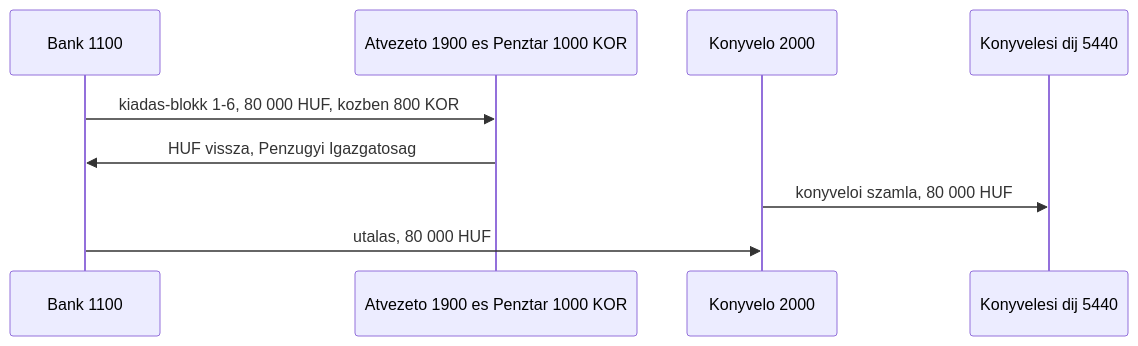
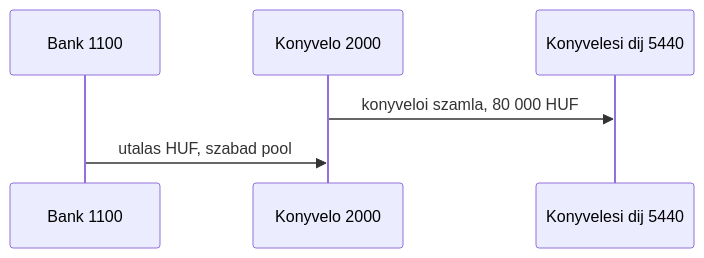
Before and after one commit to pitiboy/curr: diagram 12 of 15 in docs/transaction-workflow.md, drawn with Mermaid. The commit also changed other lines of this file and 31 other files, not shown here.

````diff
--- a/docs/transaction-workflow.md
+++ b/docs/transaction-workflow.md
@@ -589,12 +603,9 @@
 ```mermaid
 sequenceDiagram
   participant Bank as Bank 1100
-  participant Atv as Atvezeto 1900 es Penztar 1000 KOR
   participant Szallito as Konyvelo 2000
   participant Koltseg as Konyvelesi dij 5440
 
-  Bank->>Atv: kiadas-blokk 1-6, 80 000 HUF, kozben 800 KOR
-  Atv->>Bank: HUF vissza, Penzugyi Igazgatosag
   Szallito->>Koltseg: konyveloi szamla, 80 000 HUF
-  Bank->>Szallito: utalas, 80 000 HUF
+  Bank->>Szallito: utalas HUF, szabad pool
 ```
````
